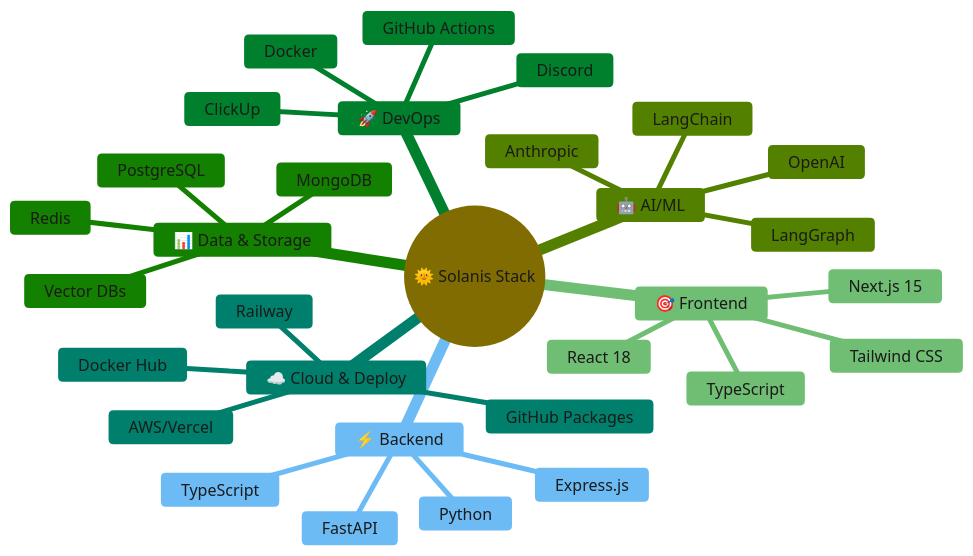
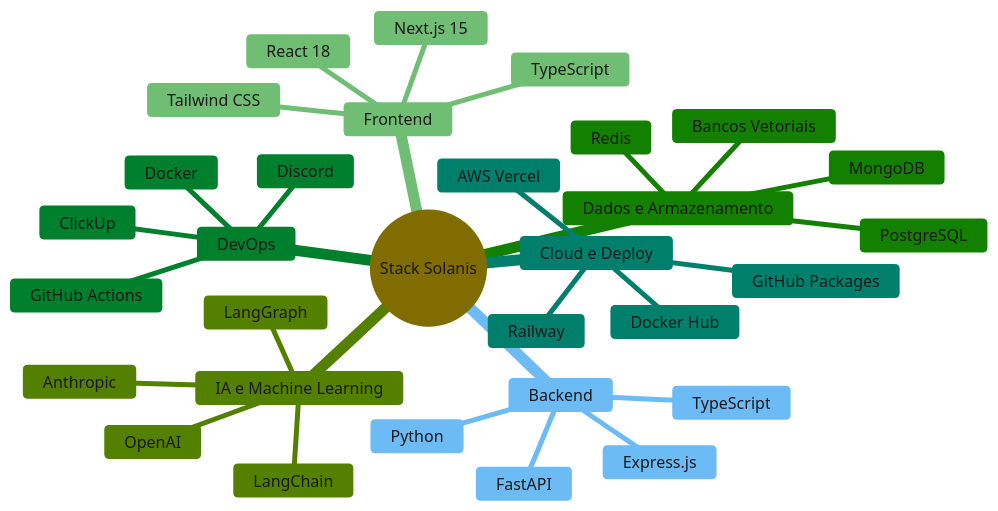
The first of 20 diagrams in README.md (solanisdev/solar), drawn with Mermaid before and after one commit. The commit also changed other lines of this file, not shown here.

````diff
--- a/README.md
+++ b/README.md
@@ -28,35 +28,35 @@
 ```mermaid
 %%{init: {'theme':'base', 'themeVariables': {'primaryColor':'#FFD700','primaryTextColor':'#1a1a1a','primaryBorderColor':'#E1BEE7','lineColor':'#666','secondaryColor':'#C8E6C9','tertiaryColor':'#E3F2FD','background':'#ffffff','mainBkg':'#FFD700','secondaryBkg':'#E1BEE7','tertiaryBkg':'#C8E6C9'}}}%%
 mindmap
-  root((🌞 Solanis Stack))
-    🎯 Frontend
+  root((Stack Solanis))
+    Frontend
       Next.js 15
       React 18
       TypeScript
       Tailwind CSS
-    ⚡ Backend
+    Backend
       FastAPI
       Express.js
       TypeScript
       Python
-    🤖 AI/ML
+    IA e Machine Learning
       LangChain
       LangGraph
       OpenAI
       Anthropic
-    📊 Data & Storage
+    Dados e Armazenamento
       PostgreSQL
       MongoDB
       Redis
-      Vector DBs
-    🚀 DevOps
+      Bancos Vetoriais
+    DevOps
       Docker
       GitHub Actions
       ClickUp
       Discord
-    ☁️ Cloud & Deploy
-      AWS/Vercel
+    Cloud e Deploy
+      AWS Vercel
       Railway
       Docker Hub
       GitHub Packages
 ```
````
